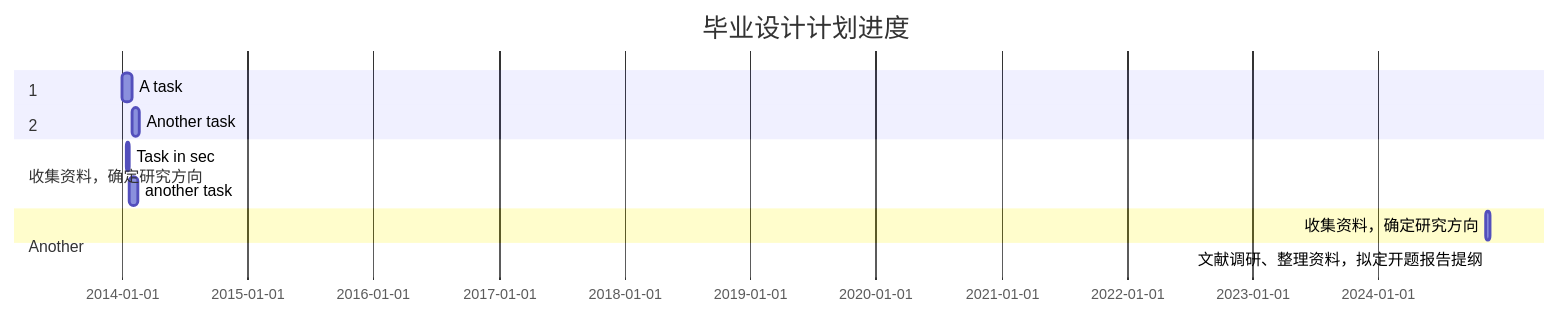
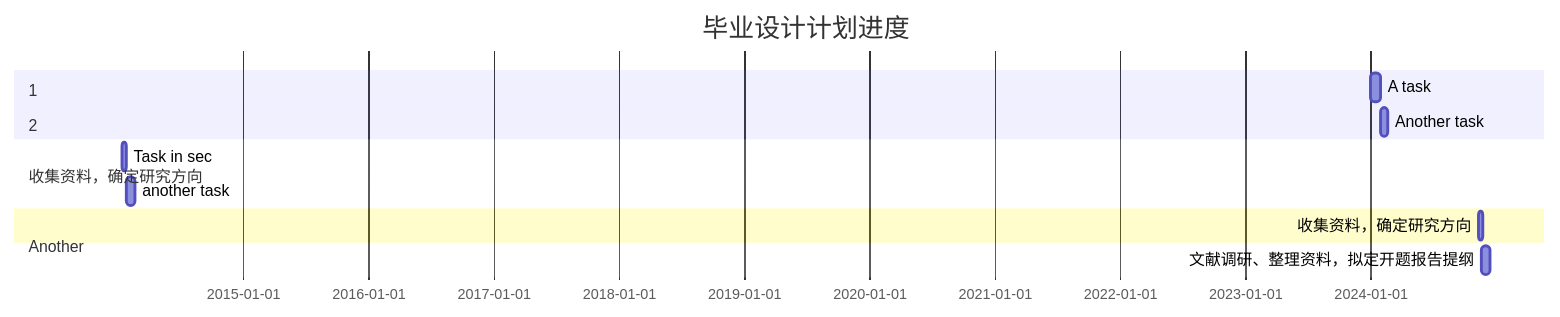
The diagram in all/未命名.md (Kelseyyz/iodraw-files), drawn with Mermaid before and after one commit.

Commit message:
2024-12-30 11:03:07 update

````diff
--- a/all/未命名.md
+++ b/all/未命名.md
@@ -1,18 +1,18 @@
 ```mermaid
 gantt
     title 毕业设计计划进度
     dateFormat  YYYY-MM-DD
     
     section 收集资料，确定研究方向
-    A task           :a1, 2014-01-01, 30d
+    A task           :a1, 2024-01-01, 30d
     Another task     :after a1  , 20d
     section Another
     Task in sec      :2014-01-12  , 12d
     another task      : 24d
 
 
     section 1
     收集资料，确定研究方向           : 2024-11-10  , 12d
     section 2
-    文献调研、整理资料，拟定开题报告提纲      :2024-11-20  , 
+    文献调研、整理资料，拟定开题报告提纲      :2024-11-20  , 24d
 ```
````
